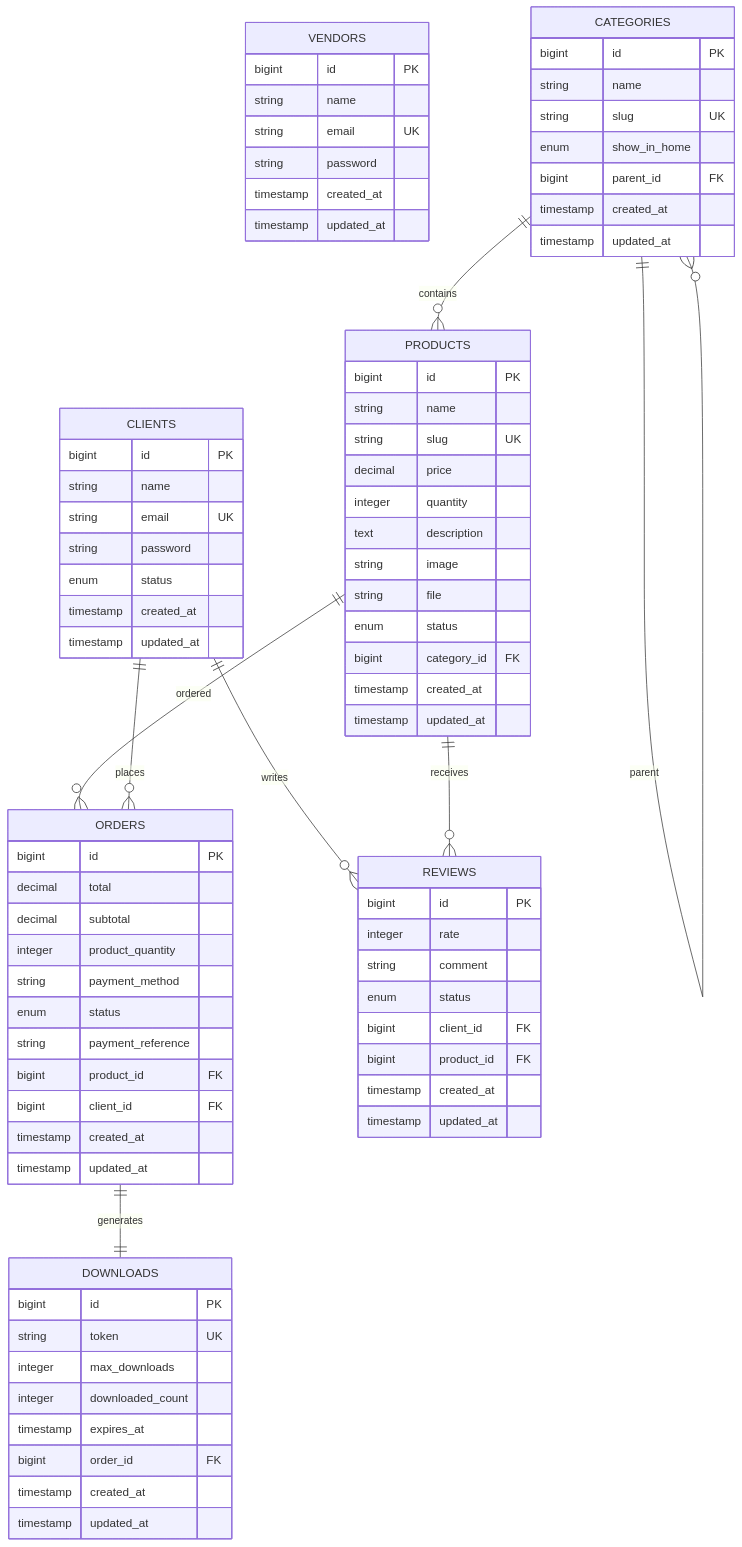
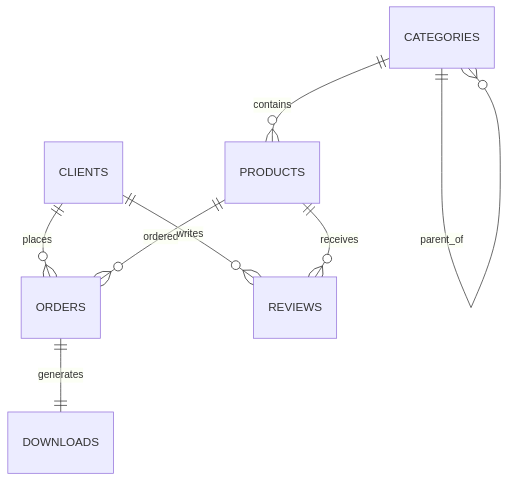
The diagram in README.md (rayan-rtx/repo-for-testing), drawn with Mermaid before and after one commit.

````diff
--- a/README.md
+++ b/README.md
@@ -12,91 +12,14 @@
 ```mermaid
 erDiagram
 
-    VENDORS {
-        bigint id PK
-        string name
-        string email UK
-        string password
-        timestamp created_at
-        timestamp updated_at
-    }
+    CATEGORIES ||--o{ CATEGORIES : parent_of
+    CATEGORIES ||--o{ PRODUCTS : contains
 
-    CLIENTS {
-        bigint id PK
-        string name
-        string email UK
-        string password
-        enum status
-        timestamp created_at
-        timestamp updated_at
-    }
+    CLIENTS ||--o{ ORDERS : places
+    PRODUCTS ||--o{ ORDERS : ordered
 
-    CATEGORIES {
-        bigint id PK
-        string name
-        string slug UK
-        enum show_in_home
-        bigint parent_id FK
-        timestamp created_at
-        timestamp updated_at
-    }
+    ORDERS ||--|| DOWNLOADS : generates
 
-    PRODUCTS {
-        bigint id PK
-        string name
-        string slug UK
-        decimal price
-        integer quantity
-        text description
-        string image
-        string file
-        enum status
-        bigint category_id FK
-        timestamp created_at
-        timestamp updated_at
-    }
-
-    ORDERS {
-        bigint id PK
-        decimal total
-        decimal subtotal
-        integer product_quantity
-        string payment_method
-        enum status
-        string payment_reference
-        bigint product_id FK
-        bigint client_id FK
-        timestamp created_at
-        timestamp updated_at
-    }
-
-    DOWNLOADS {
-        bigint id PK
-        string token UK
-        integer max_downloads
-        integer downloaded_count
-        timestamp expires_at
-        bigint order_id FK
-        timestamp created_at
-        timestamp updated_at
-    }
-
-    REVIEWS {
-        bigint id PK
-        integer rate
-        string comment
-        enum status
-        bigint client_id FK
-        bigint product_id FK
-        timestamp created_at
-        timestamp updated_at
-    }
-
-    CATEGORIES ||--o{ CATEGORIES : "parent"
-    CATEGORIES ||--o{ PRODUCTS : contains
-    PRODUCTS ||--o{ ORDERS : ordered
-    CLIENTS ||--o{ ORDERS : places
-    ORDERS ||--|| DOWNLOADS : generates
     CLIENTS ||--o{ REVIEWS : writes
     PRODUCTS ||--o{ REVIEWS : receives
 ```
````
